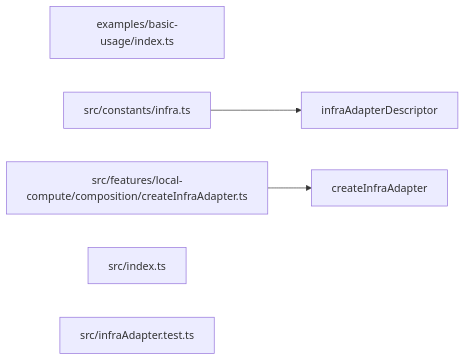
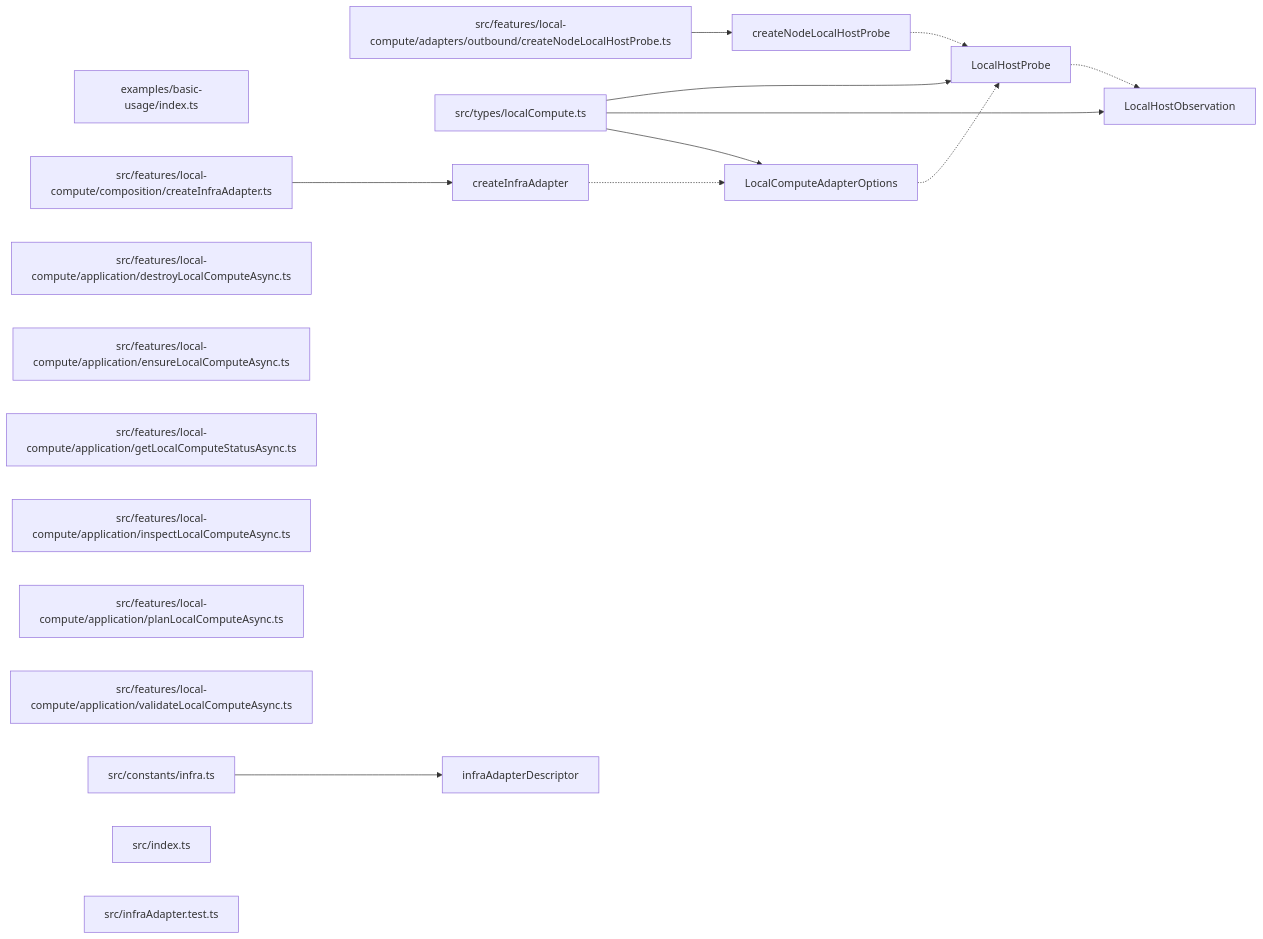
One commit to ankhorage/local changed the diagram in paradox/diagrams/export-graph.mmd. Above: the diagram before and after it, drawn with Mermaid. The commit also changed 23 other files, not shown here.

Commit message:
feat: implement local compute lifecycle (#2)

```diff
--- a/paradox/diagrams/export-graph.mmd
+++ b/paradox/diagrams/export-graph.mmd
@@ -1,10 +1,30 @@
 graph LR
   module_examples_basic_usage_index_ts["examples/basic-usage/index.ts"]
   module_src_constants_infra_ts["src/constants/infra.ts"]
+  module_src_features_local_compute_adapters_outbound_createNodeLocalHostProbe_ts["src/features/local-compute/adapters/outbound/createNodeLocalHostProbe.ts"]
+  module_src_features_local_compute_application_destroyLocalComputeAsync_ts["src/features/local-compute/application/destroyLocalComputeAsync.ts"]
+  module_src_features_local_compute_application_ensureLocalComputeAsync_ts["src/features/local-compute/application/ensureLocalComputeAsync.ts"]
+  module_src_features_local_compute_application_getLocalComputeStatusAsync_ts["src/features/local-compute/application/getLocalComputeStatusAsync.ts"]
+  module_src_features_local_compute_application_inspectLocalComputeAsync_ts["src/features/local-compute/application/inspectLocalComputeAsync.ts"]
+  module_src_features_local_compute_application_planLocalComputeAsync_ts["src/features/local-compute/application/planLocalComputeAsync.ts"]
+  module_src_features_local_compute_application_validateLocalComputeAsync_ts["src/features/local-compute/application/validateLocalComputeAsync.ts"]
   module_src_features_local_compute_composition_createInfraAdapter_ts["src/features/local-compute/composition/createInfraAdapter.ts"]
   module_src_index_ts["src/index.ts"]
   module_src_infraAdapter_test_ts["src/infraAdapter.test.ts"]
+  module_src_types_localCompute_ts["src/types/localCompute.ts"]
   export_createInfraAdapter["createInfraAdapter"]
   module_src_features_local_compute_composition_createInfraAdapter_ts --> export_createInfraAdapter
+  export_createInfraAdapter -.-> export_LocalComputeAdapterOptions
+  export_createNodeLocalHostProbe["createNodeLocalHostProbe"]
+  module_src_features_local_compute_adapters_outbound_createNodeLocalHostProbe_ts --> export_createNodeLocalHostProbe
+  export_createNodeLocalHostProbe -.-> export_LocalHostProbe
   export_infraAdapterDescriptor["infraAdapterDescriptor"]
   module_src_constants_infra_ts --> export_infraAdapterDescriptor
+  export_LocalComputeAdapterOptions["LocalComputeAdapterOptions"]
+  module_src_types_localCompute_ts --> export_LocalComputeAdapterOptions
+  export_LocalComputeAdapterOptions -.-> export_LocalHostProbe
+  export_LocalHostObservation["LocalHostObservation"]
+  module_src_types_localCompute_ts --> export_LocalHostObservation
+  export_LocalHostProbe["LocalHostProbe"]
+  module_src_types_localCompute_ts --> export_LocalHostProbe
+  export_LocalHostProbe -.-> export_LocalHostObservation
```
